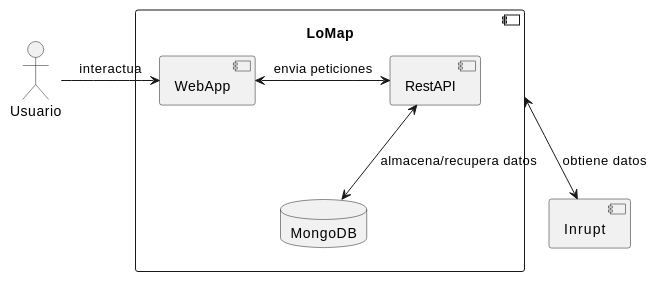
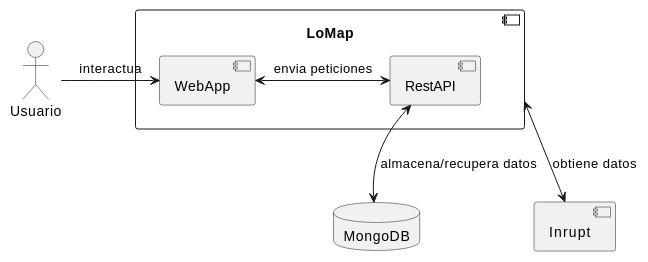
One commit to Arquisoft/lomap_es5a changed the second of 2 diagrams in docs/05_building_block_view.adoc. Above: the diagram before and after it, drawn with PlantUML. The commit also changed other lines of this file and 1 other file, not shown here.

```diff
--- a/docs/05_building_block_view.adoc
+++ b/docs/05_building_block_view.adoc
@@ -35,16 +35,16 @@
 [plantuml, "level-2", png]
 ----
 actor Usuario
 Component LoMap {
   Component web as "WebApp"
   Component api as "RestAPI"
-  Database db as "MongoDB"
 }
+Database db as "MongoDB"
 Component pod as "Inrupt"
 
 Usuario -right-> web: interactua
 web <-right-> api: envia peticiones
 api <-down-> db: almacena/recupera datos
 
 LoMap <-down-> pod: obtiene datos
 ----
```
